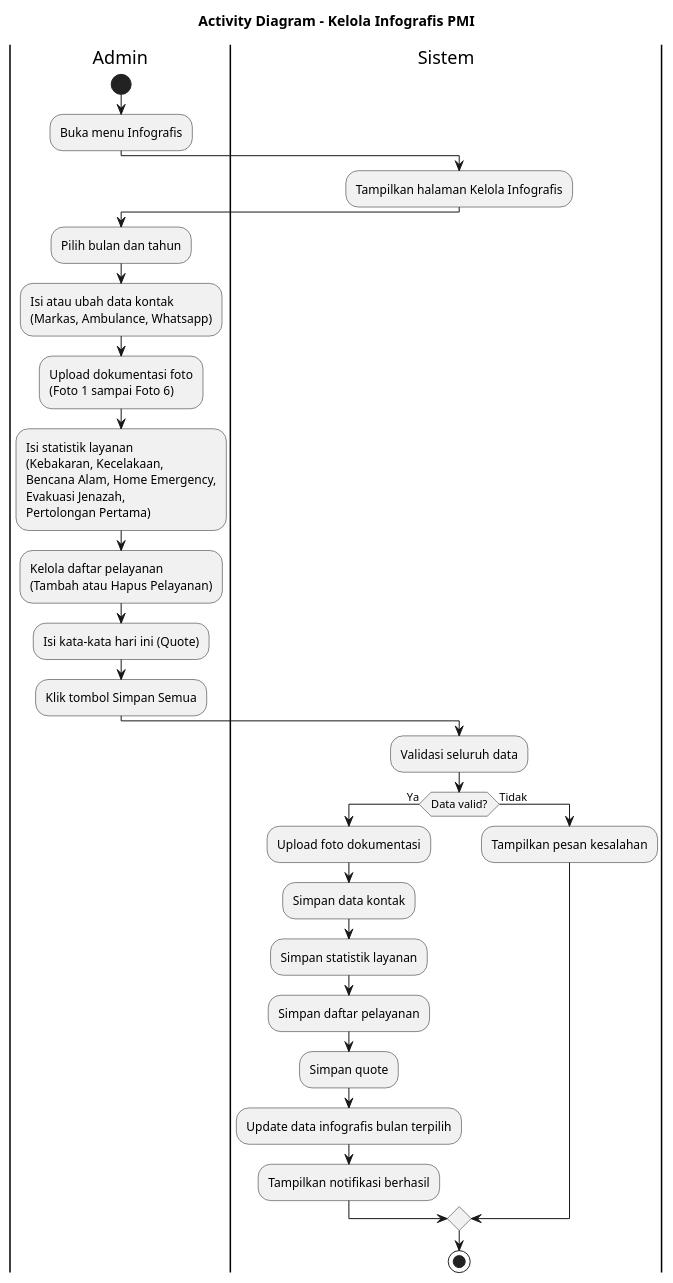
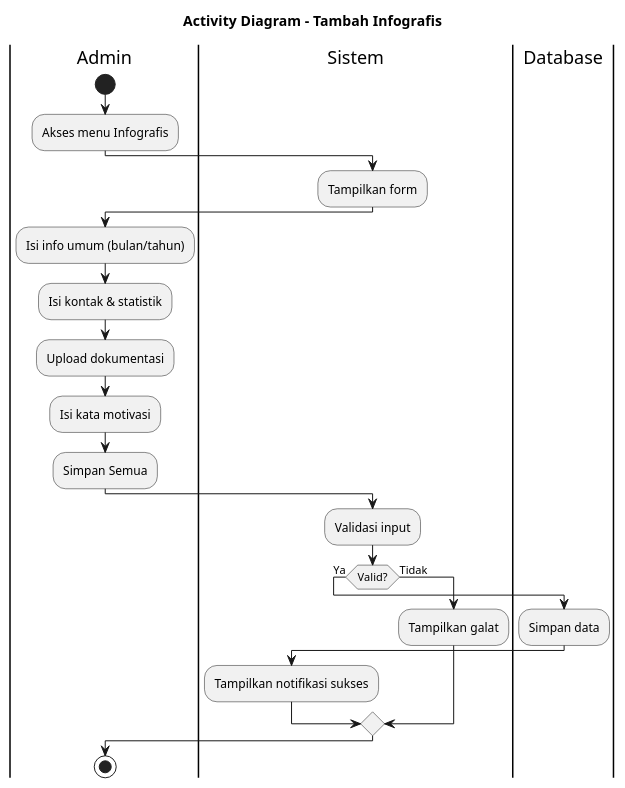
The diagram in diagram/activitydiagram_admin_tambah_infografis.puml (jaddu17/capstonepmikp), drawn with PlantUML before and after one commit. The commit also changed 15 other files, not shown here.

Commit message:
activity diagram user

```diff
--- a/diagram/activitydiagram_admin_tambah_infografis.puml
+++ b/diagram/activitydiagram_admin_tambah_infografis.puml
@@ -1,53 +1,32 @@
-@startuml ACTIVITY_DIAGRAM_ADMIN_KELOLA_INFOGRAFIS
-title Activity Diagram - Kelola Infografis PMI
+@startuml ACTIVITY_DIAGRAM_ADMIN_TAMBAH_INFOGRAFIS
+title Activity Diagram - Tambah Infografis
 
 |Admin|
 start
-:Buka menu Infografis;
+:Akses menu Infografis;
 
 |Sistem|
-:Tampilkan halaman Kelola Infografis;
+:Tampilkan form;
 
 |Admin|
-:Pilih bulan dan tahun;
-
-:Isi atau ubah data kontak
-(Markas, Ambulance, Whatsapp);
-
-:Upload dokumentasi foto
-(Foto 1 sampai Foto 6);
-
-:Isi statistik layanan
-(Kebakaran, Kecelakaan,
-Bencana Alam, Home Emergency,
-Evakuasi Jenazah,
-Pertolongan Pertama);
-
-:Kelola daftar pelayanan
-(Tambah atau Hapus Pelayanan);
-
-:Isi kata-kata hari ini (Quote);
-
-:Klik tombol Simpan Semua;
+:Isi info umum (bulan/tahun);
+:Isi kontak & statistik;
+:Upload dokumentasi;
+:Isi kata motivasi;
+:Simpan Semua;
 
 |Sistem|
-:Validasi seluruh data;
-
-if (Data valid?) then (Ya)
-
-:Upload foto dokumentasi;
-:Simpan data kontak;
-:Simpan statistik layanan;
-:Simpan daftar pelayanan;
-:Simpan quote;
-:Update data infografis bulan terpilih;
-:Tampilkan notifikasi berhasil;
-
+:Validasi input;
+if (Valid?) then (Ya)
+  |Database|
+  :Simpan data;
+  |Sistem|
+  :Tampilkan notifikasi sukses;
 else (Tidak)
-
-:Tampilkan pesan kesalahan;
-
+  |Sistem|
+  :Tampilkan galat;
 endif
 
+|Admin|
 stop
 @enduml
```
